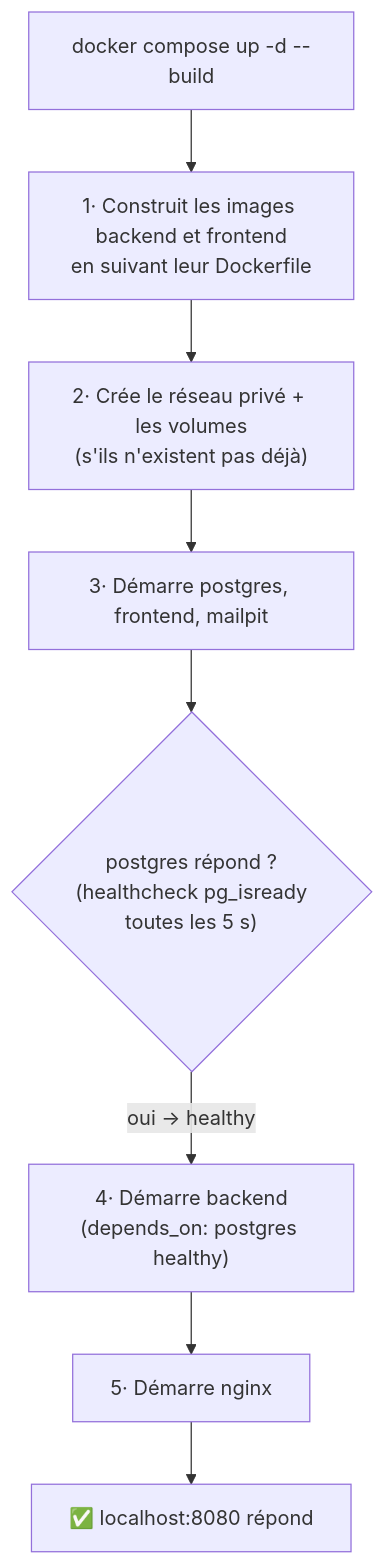
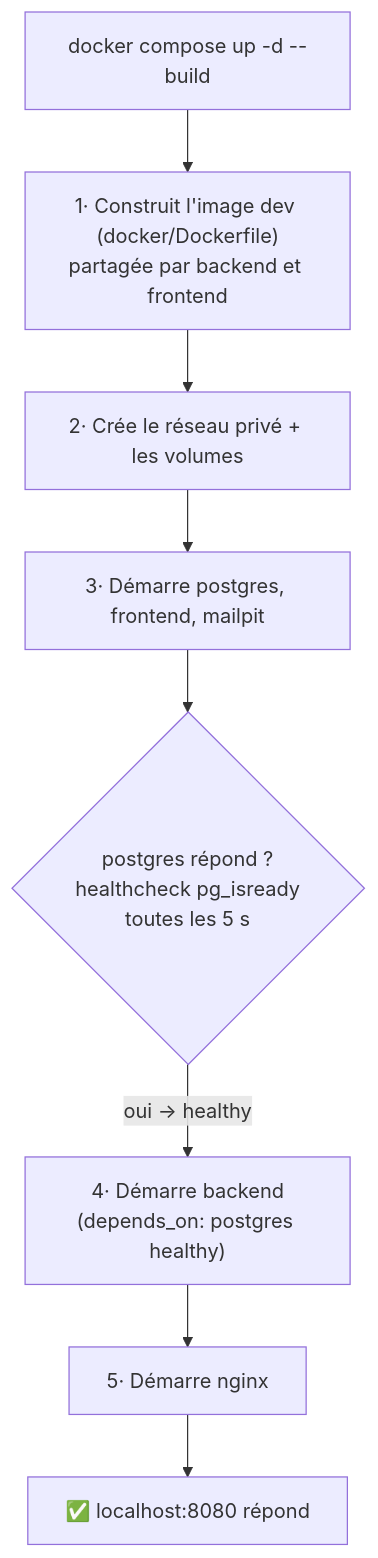
Before and after one commit to ft-Monolith/Matcha: the second of 4 diagrams in docs/docker.md, drawn with Mermaid. The commit also changed other lines of this file and 53 other files, not shown here.

Commit message:
feat: init infra and add config files for backend and frontend

````diff
--- a/docs/docker.md
+++ b/docs/docker.md
@@ -55,10 +58,10 @@
 ```mermaid
 flowchart TD
-    A["docker compose up -d --build"] --> B["1· Construit les images backend et frontend<br>en suivant leur Dockerfile"]
-    B --> C["2· Crée le réseau privé + les volumes<br>(s'ils n'existent pas déjà)"]
+    A["docker compose up -d --build"] --> B["1· Construit l'image dev (docker/Dockerfile)<br>partagée par backend et frontend"]
+    B --> C["2· Crée le réseau privé + les volumes"]
     C --> D["3· Démarre postgres, frontend, mailpit"]
-    D --> E{"postgres répond ?<br>(healthcheck pg_isready<br>toutes les 5 s)"}
+    D --> E{"postgres répond ?<br>healthcheck pg_isready<br>toutes les 5 s"}
     E -->|"oui → healthy"| F["4· Démarre backend<br>(depends_on: postgres healthy)"]
     F --> G["5· Démarre nginx"]
     G --> H["✅ localhost:8080 répond"]
 ```
````
